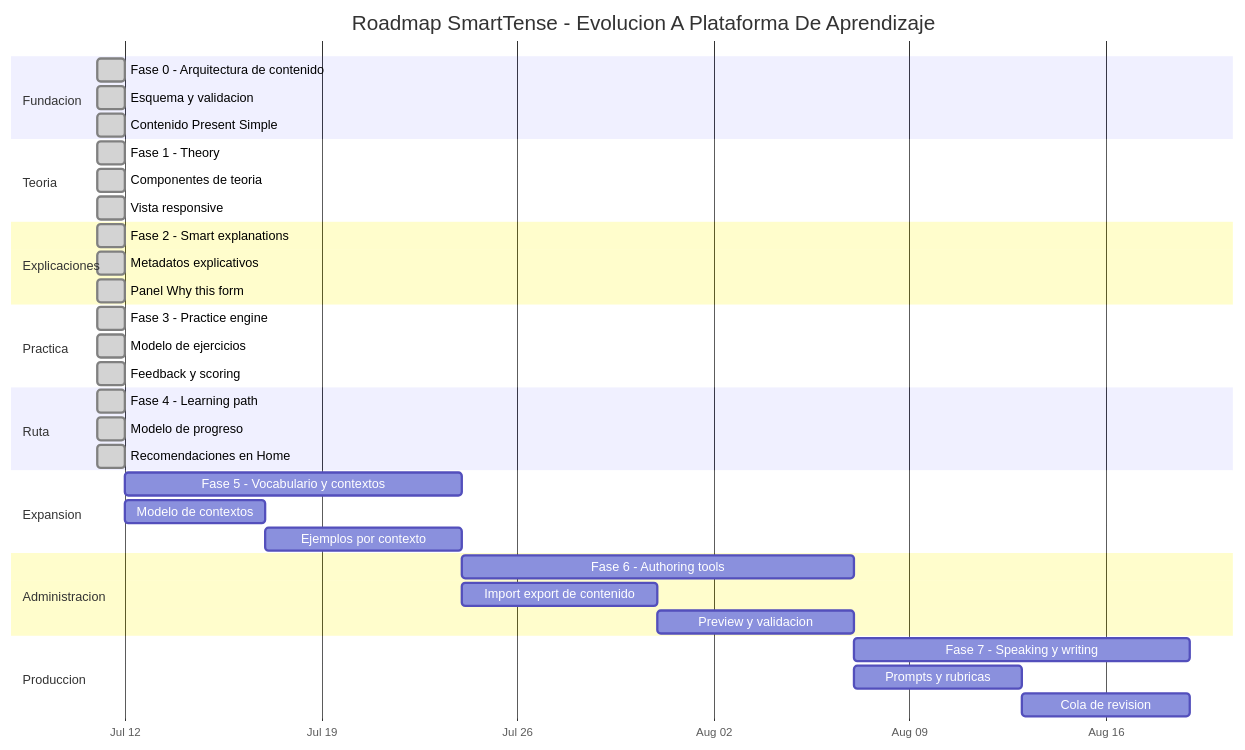
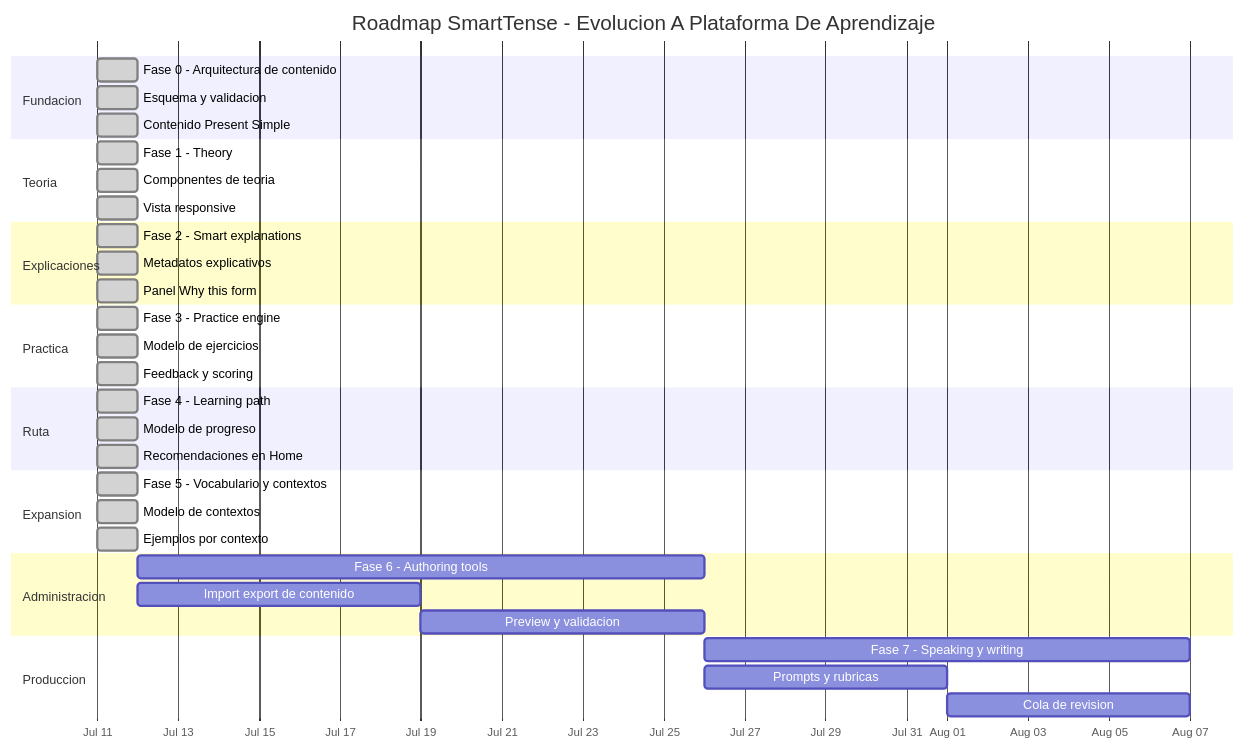
Before and after one commit to dafermen/SmartTense: the diagram in docs/PROJECT_PHASE_ROADMAP.md, drawn with Mermaid. The commit also changed other lines of this file and 16 other files, not shown here.

````diff
--- a/docs/PROJECT_PHASE_ROADMAP.md
+++ b/docs/PROJECT_PHASE_ROADMAP.md
@@ -228,46 +232,46 @@
 ```mermaid
 gantt
     title Roadmap SmartTense - Evolucion A Plataforma De Aprendizaje
     dateFormat  YYYY-MM-DD
     axisFormat  %b %d
 
     section Fundacion
     Fase 0 - Arquitectura de contenido      :done, p0, 2026-07-11, 1d
     Esquema y validacion                    :done, p0a, 2026-07-11, 1d
     Contenido Present Simple                :done, p0b, 2026-07-11, 1d
 
     section Teoria
     Fase 1 - Theory                         :done, p1, 2026-07-11, 1d
     Componentes de teoria                   :done, p1a, 2026-07-11, 1d
     Vista responsive                        :done, p1b, 2026-07-11, 1d
 
     section Explicaciones
     Fase 2 - Smart explanations             :done, p2, 2026-07-11, 1d
     Metadatos explicativos                  :done, p2a, 2026-07-11, 1d
     Panel Why this form                     :done, p2b, 2026-07-11, 1d
 
     section Practica
     Fase 3 - Practice engine                :done, p3, 2026-07-11, 1d
     Modelo de ejercicios                    :done, p3a, 2026-07-11, 1d
     Feedback y scoring                      :done, p3b, 2026-07-11, 1d
 
     section Ruta
     Fase 4 - Learning path                  :done, p4, 2026-07-11, 1d
     Modelo de progreso                      :done, p4a, 2026-07-11, 1d
     Recomendaciones en Home                 :done, p4b, 2026-07-11, 1d
 
     section Expansion
-    Fase 5 - Vocabulario y contextos        :p5, 2026-07-12, 12d
-    Modelo de contextos                     :p5a, 2026-07-12, 5d
-    Ejemplos por contexto                   :p5b, after p5a, 7d
+    Fase 5 - Vocabulario y contextos        :done, p5, 2026-07-11, 1d
+    Modelo de contextos                     :done, p5a, 2026-07-11, 1d
+    Ejemplos por contexto                   :done, p5b, 2026-07-11, 1d
 
     section Administracion
-    Fase 6 - Authoring tools                :p6, after p5, 14d
-    Import export de contenido              :p6a, after p5, 7d
+    Fase 6 - Authoring tools                :p6, 2026-07-12, 14d
+    Import export de contenido              :p6a, 2026-07-12, 7d
     Preview y validacion                    :p6b, after p6a, 7d
 
     section Produccion
     Fase 7 - Speaking y writing             :p7, after p6, 12d
     Prompts y rubricas                      :p7a, after p6, 6d
     Cola de revision                        :p7b, after p7a, 6d
 ```
````
